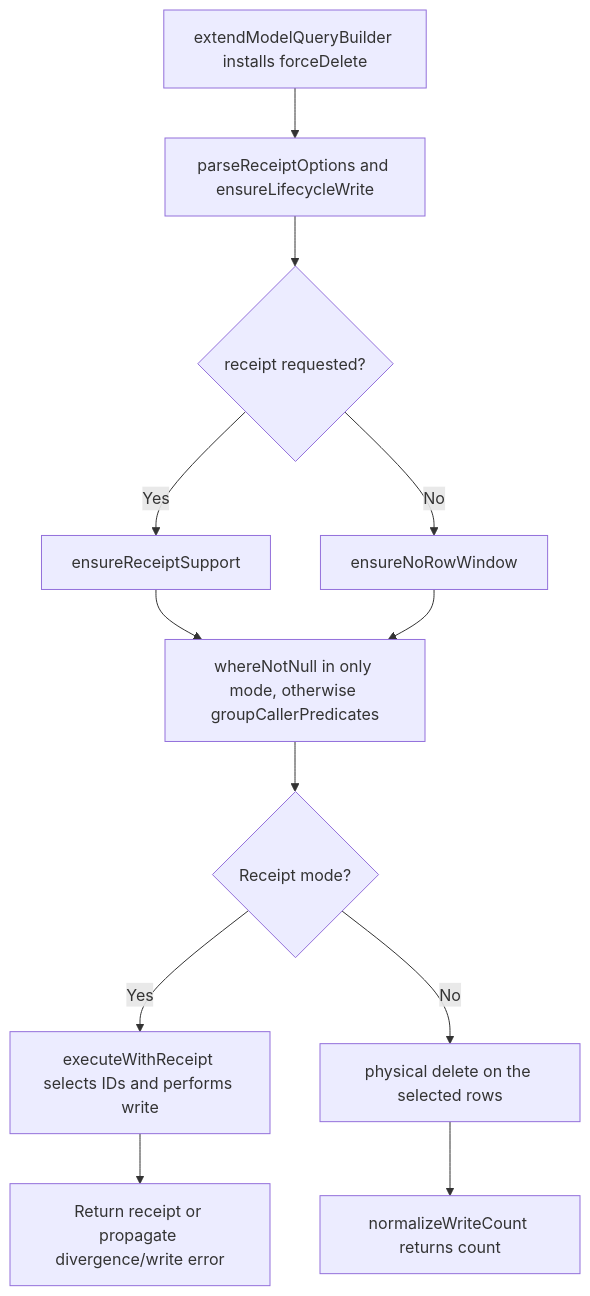
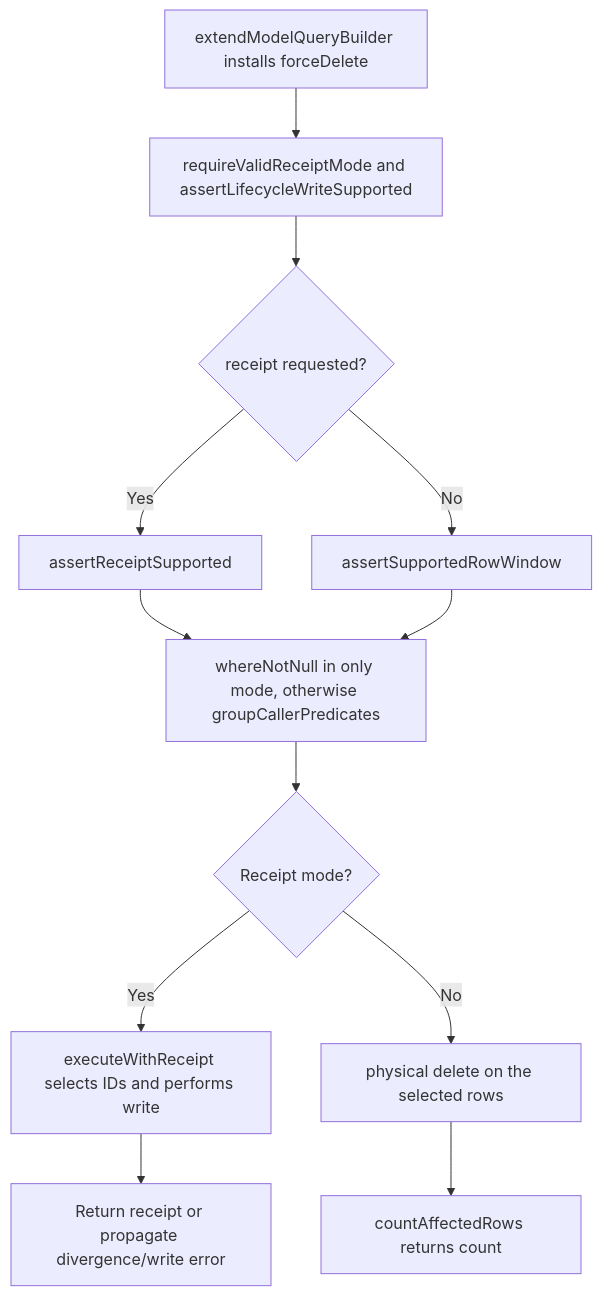
The second of 2 diagrams in user-stories/bulk-operations/us-app-07-purge-bulk.md (Kevinjohn/oss-adonisjs-lucid-soft-delete), drawn with Mermaid before and after one commit. The commit also changed 34 other files, not shown here.

````diff
--- a/user-stories/bulk-operations/us-app-07-purge-bulk.md
+++ b/user-stories/bulk-operations/us-app-07-purge-bulk.md
@@ -39,14 +39,14 @@
 ```mermaid
 flowchart TD
-    A["extendModelQueryBuilder installs forceDelete"] --> B["parseReceiptOptions and ensureLifecycleWrite"]
+    A["extendModelQueryBuilder installs forceDelete"] --> B["requireValidReceiptMode and assertLifecycleWriteSupported"]
     B --> C{"receipt requested?"}
-    C -->|Yes| D["ensureReceiptSupport"]
-    C -->|No| E["ensureNoRowWindow"]
+    C -->|Yes| D["assertReceiptSupported"]
+    C -->|No| E["assertSupportedRowWindow"]
     D --> F["whereNotNull in only mode, otherwise groupCallerPredicates"]
     E --> F
     F --> G{"Receipt mode?"}
     G -->|Yes| H["executeWithReceipt selects IDs and performs write"]
     G -->|No| I["physical delete on the selected rows"]
     H --> J["Return receipt or propagate divergence/write error"]
-    I --> K["normalizeWriteCount returns count"]
+    I --> K["countAffectedRows returns count"]
 ```
````
